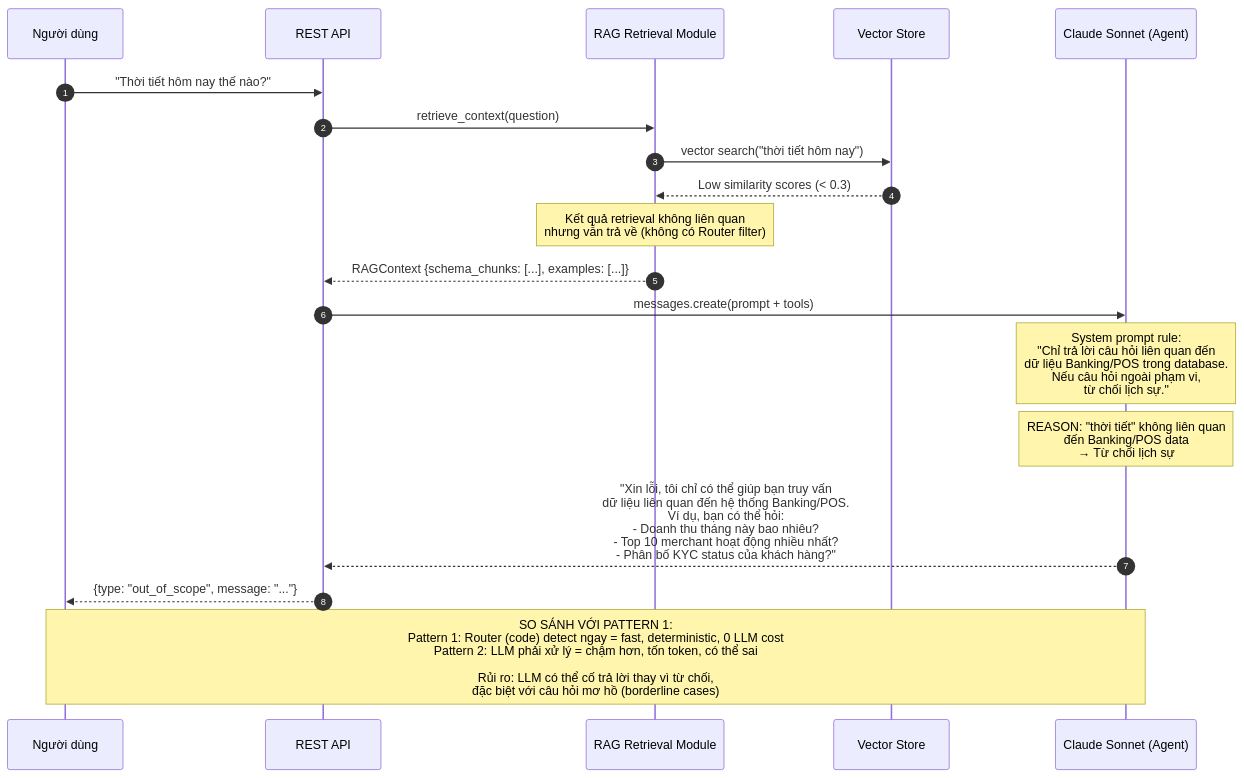
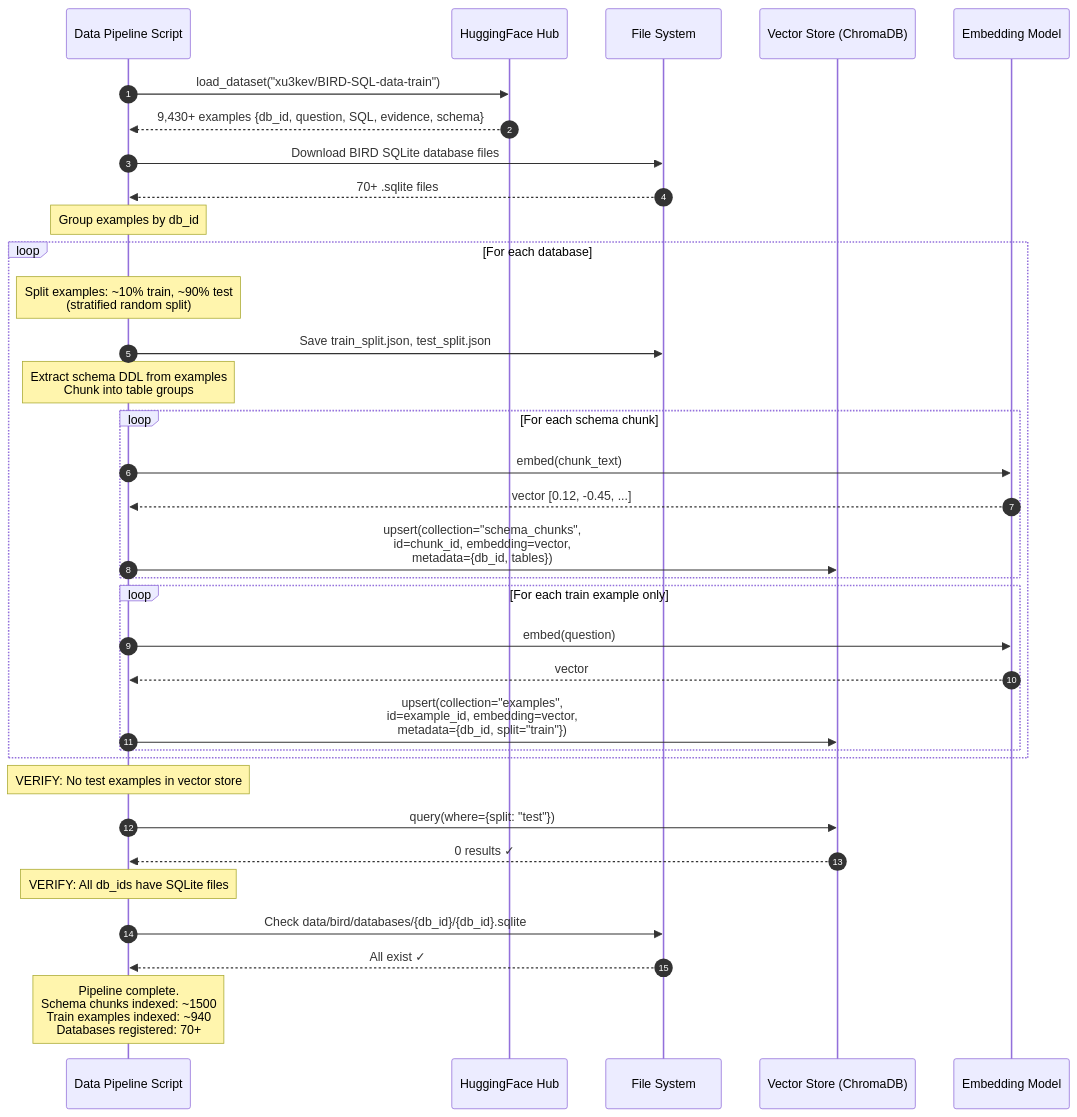
One commit to Learnheart/Text2SQL changed the sixth of 6 diagrams in docs/03_Technical_Assessment/pattern_2_rag_single_agent/04_sequence_diagrams.md. Above: the diagram before and after it, drawn with Mermaid. The commit also changed other lines of this file and 3 other files, not shown here.

First line of the commit message:
rewrite architecture docs — BIRD multi-database + SQLite evaluation

````diff
--- a/docs/03_Technical_Assessment/pattern_2_rag_single_agent/04_sequence_diagrams.md
+++ b/docs/03_Technical_Assessment/pattern_2_rag_single_agent/04_sequence_diagrams.md
@@ -229,29 +278,47 @@
 ```mermaid
 sequenceDiagram
     autonumber
-    participant User as Người dùng
-    participant API as REST API
-    participant RAG as RAG Retrieval Module
-    participant VS as Vector Store
-    participant Claude as Claude Sonnet (Agent)
+    participant Script as Data Pipeline Script
+    participant HF as HuggingFace Hub
+    participant FS as File System
+    participant VS as Vector Store (ChromaDB)
+    participant Embed as Embedding Model
 
-    User->>API: "Thời tiết hôm nay thế nào?"
+    Script->>HF: load_dataset("xu3kev/BIRD-SQL-data-train")
+    HF-->>Script: 9,430+ examples {db_id, question, SQL, evidence, schema}
 
-    API->>RAG: retrieve_context(question)
-    RAG->>VS: vector search("thời tiết hôm nay")
-    VS-->>RAG: Low similarity scores (< 0.3)
-    Note over RAG: Kết quả retrieval không liên quan<br/>nhưng vẫn trả về (không có Router filter)
-    RAG-->>API: RAGContext {schema_chunks: [...], examples: [...]}
+    Script->>FS: Download BIRD SQLite database files
+    FS-->>Script: 70+ .sqlite files
 
-    API->>Claude: messages.create(prompt + tools)
+    Note over Script: Group examples by db_id
 
-    Note over Claude: System prompt rule:<br/>"Chỉ trả lời câu hỏi liên quan đến<br/>dữ liệu Banking/POS trong database.<br/>Nếu câu hỏi ngoài phạm vi,<br/>từ chối lịch sự."
+    loop For each database
+        Note over Script: Split examples: ~10% train, ~90% test<br/>(stratified random split)
 
-    Note over Claude: REASON: "thời tiết" không liên quan<br/>đến Banking/POS data<br/>→ Từ chối lịch sự
+        Script->>FS: Save train_split.json, test_split.json
 
-    Claude-->>API: "Xin lỗi, tôi chỉ có thể giúp bạn truy vấn<br/>dữ liệu liên quan đến hệ thống Banking/POS.<br/>Ví dụ, bạn có thể hỏi:<br/>- Doanh thu tháng này bao nhiêu?<br/>- Top 10 merchant hoạt động nhiều nhất?<br/>- Phân bố KYC status của khách hàng?"
+        Note over Script: Extract schema DDL from examples<br/>Chunk into table groups
 
-    API-->>User: {type: "out_of_scope", message: "..."}
+        loop For each schema chunk
+            Script->>Embed: embed(chunk_text)
+            Embed-->>Script: vector [0.12, -0.45, ...]
+            Script->>VS: upsert(collection="schema_chunks",<br/>id=chunk_id, embedding=vector,<br/>metadata={db_id, tables})
+        end
 
-    Note over User, Claude: SO SÁNH VỚI PATTERN 1:<br/>Pattern 1: Router (code) detect ngay = fast, deterministic, 0 LLM cost<br/>Pattern 2: LLM phải xử lý = chậm hơn, tốn token, có thể sai<br/><br/>Rủi ro: LLM có thể cố trả lời thay vì từ chối,<br/>đặc biệt với câu hỏi mơ hồ (borderline cases)
+        loop For each train example only
+            Script->>Embed: embed(question)
+            Embed-->>Script: vector
+            Script->>VS: upsert(collection="examples",<br/>id=example_id, embedding=vector,<br/>metadata={db_id, split="train"})
+        end
+    end
+
+    Note over Script: VERIFY: No test examples in vector store
+    Script->>VS: query(where={split: "test"})
+    VS-->>Script: 0 results ✓
+
+    Note over Script: VERIFY: All db_ids have SQLite files
+    Script->>FS: Check data/bird/databases/{db_id}/{db_id}.sqlite
+    FS-->>Script: All exist ✓
+
+    Note over Script: Pipeline complete.<br/>Schema chunks indexed: ~1500<br/>Train examples indexed: ~940<br/>Databases registered: 70+
 ```
````
